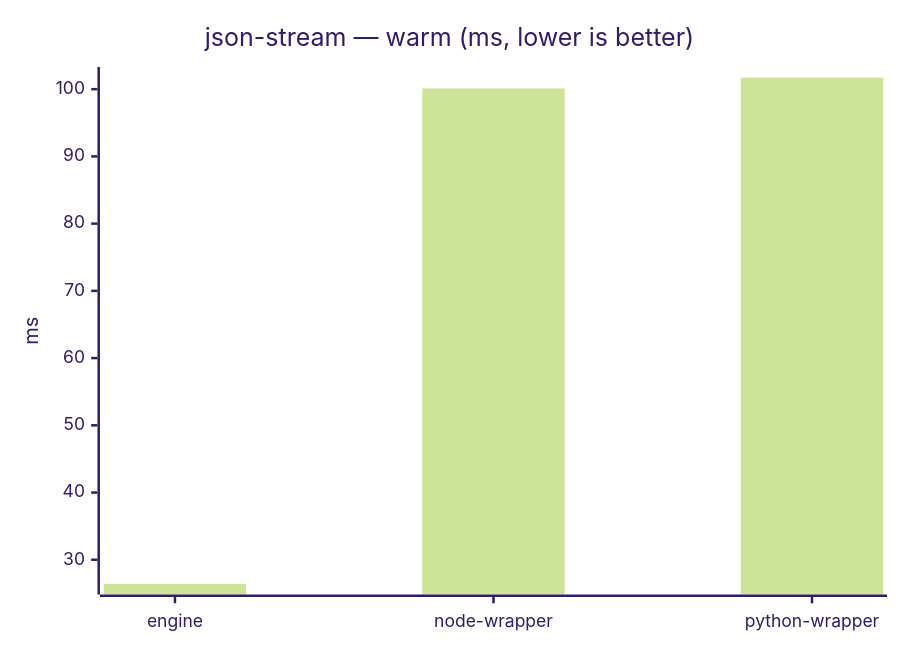
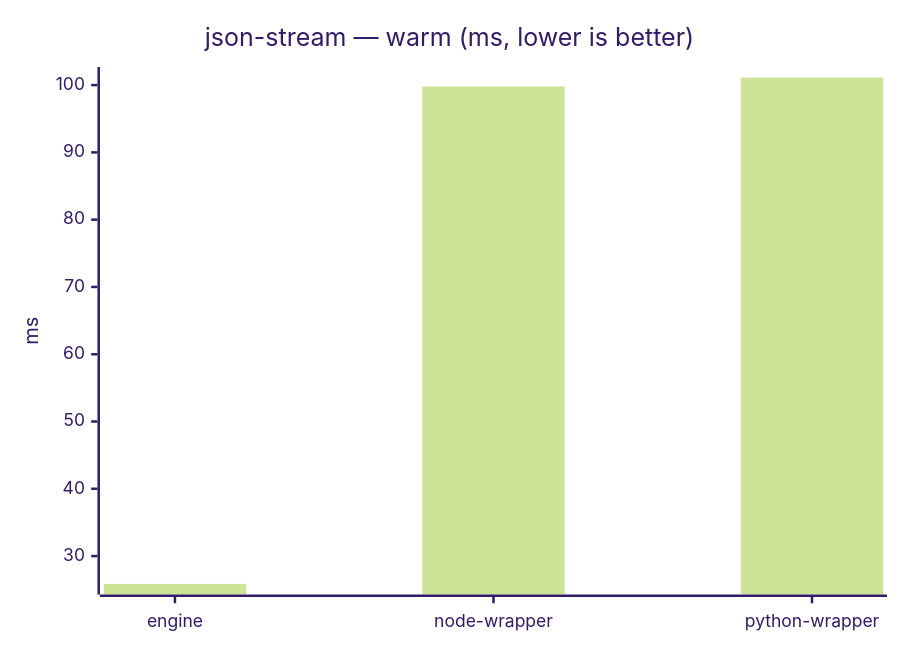
Before and after one commit to mulesoft/data-weave-cli: diagram 12 of 23 in benchmarks/report/RESULTS.md, drawn with Mermaid (forest theme). The commit also changed other lines of this file, not shown here.

````diff
--- a/benchmarks/report/RESULTS.md
+++ b/benchmarks/report/RESULTS.md
@@ -142,7 +142,7 @@
 ```mermaid
 xychart-beta
     title "json-stream — warm (ms, lower is better)"
     x-axis ["engine", "node-wrapper", "python-wrapper"]
     y-axis "ms"
-    bar [26.415, 100.115, 101.718]
+    bar [25.868, 99.787, 101.11]
 ```
````
